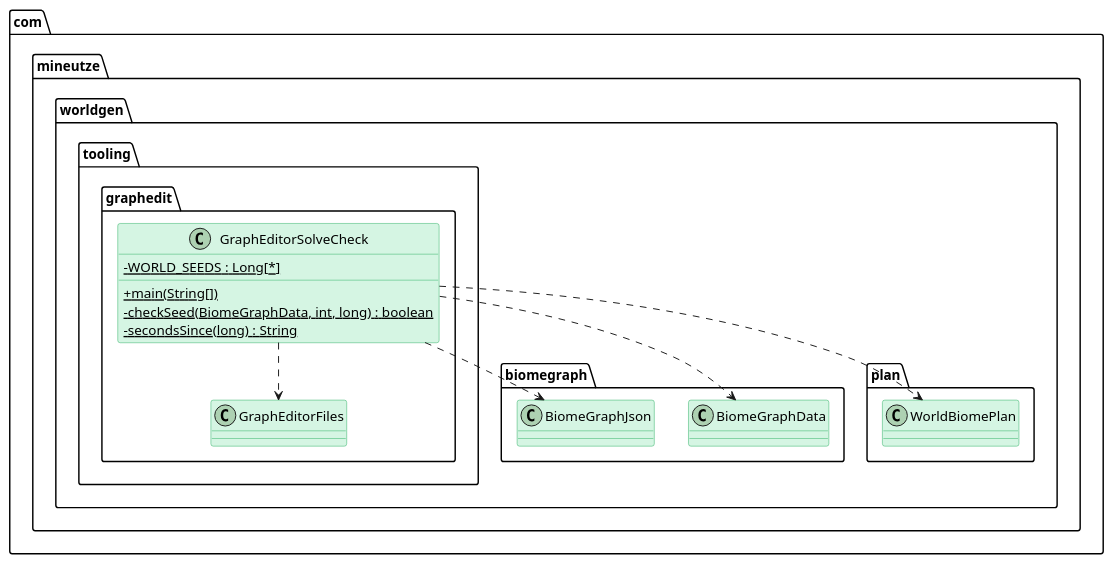
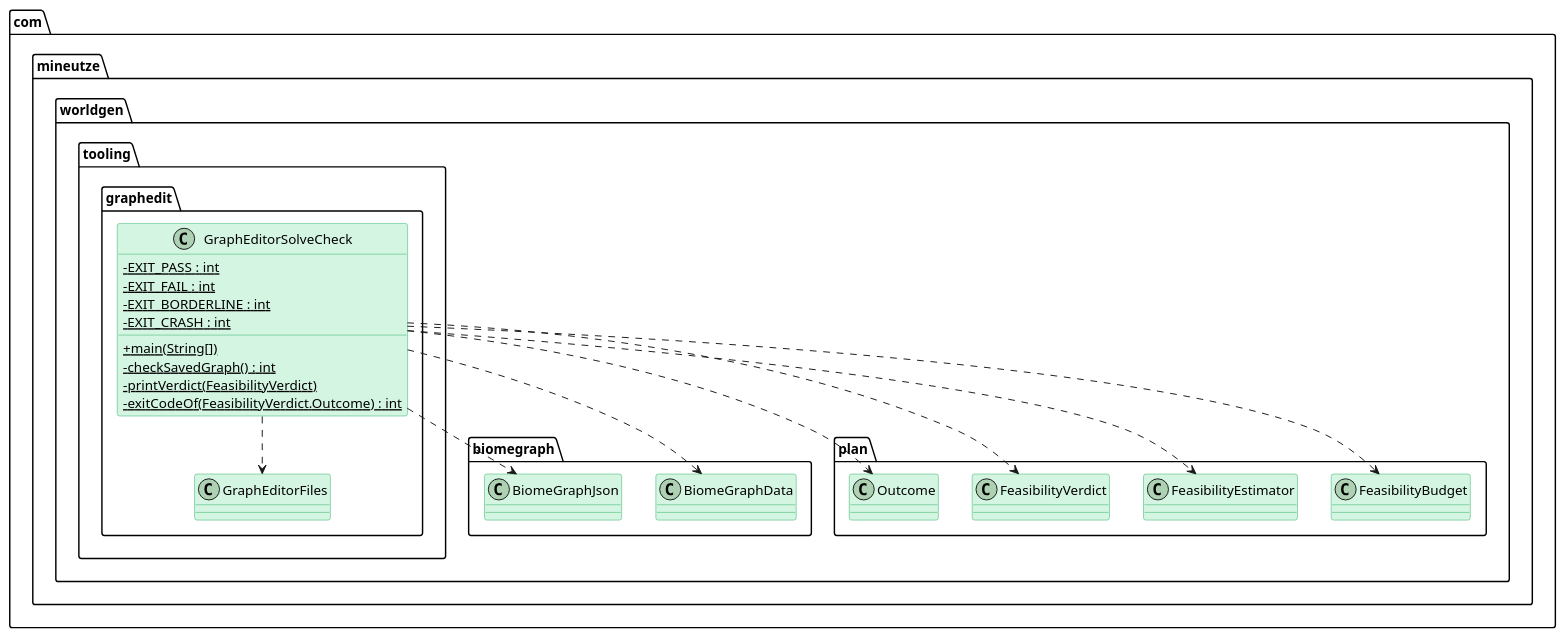
Before and after one commit to Boulede987/Mine-Utz: the diagram in companion-mods/mineutze-worldgen/doc/Modelisation/ClassDiagram-Full/com/mineutze/worldgen/tooling/graphedit/GraphEditorSolveCheck.puml, drawn with PlantUML. The commit also changed 117 other files, not shown here.

First line of the commit message:
docs(worldgen): regenerate class diagrams from current code

```diff
--- a/companion-mods/mineutze-worldgen/doc/Modelisation/ClassDiagram-Full/com/mineutze/worldgen/tooling/graphedit/GraphEditorSolveCheck.puml
+++ b/companion-mods/mineutze-worldgen/doc/Modelisation/ClassDiagram-Full/com/mineutze/worldgen/tooling/graphedit/GraphEditorSolveCheck.puml
@@ -1,45 +1,52 @@
 @startuml GraphEditorSolveCheck
 
 skinparam classAttributeIconSize 0
 skinparam shadowing false
 
 skinparam class {
   BackgroundColor<<interface>> #D6EAF8
   BorderColor<<interface>> #2E86C1
 }
 skinparam class {
   BackgroundColor<<abstract>> #E8DAEF
   BorderColor<<abstract>> #8E44AD
 }
 skinparam class {
   BackgroundColor #D5F5E3
   BorderColor #27AE60
 }
 skinparam class {
   BackgroundColor<<record>> #FCF3CF
   BorderColor<<record>> #B7950B
 }
 skinparam class {
   BackgroundColor<<static>> #a7faa0
   BorderColor<<static>> #38d610
 }
 skinparam class {
   BackgroundColor<<enum>> #F5B7B1
   BorderColor<<enum>> #C0392B
 }
 
 namespace com.mineutze.worldgen.tooling.graphedit {
 class GraphEditorSolveCheck {
-  - {static} WORLD_SEEDS : Long[*]
+  - {static} EXIT_PASS : int
+  - {static} EXIT_FAIL : int
+  - {static} EXIT_BORDERLINE : int
+  - {static} EXIT_CRASH : int
   + {static} main(String[])
-  - {static} checkSeed(BiomeGraphData, int, long) : boolean
-  - {static} secondsSince(long) : String
+  - {static} checkSavedGraph() : int
+  - {static} printVerdict(FeasibilityVerdict)
+  - {static} exitCodeOf(FeasibilityVerdict.Outcome) : int
 }
 }
 
 com.mineutze.worldgen.tooling.graphedit.GraphEditorSolveCheck ..> com.mineutze.worldgen.biomegraph.BiomeGraphData
 com.mineutze.worldgen.tooling.graphedit.GraphEditorSolveCheck ..> com.mineutze.worldgen.biomegraph.BiomeGraphJson
+com.mineutze.worldgen.tooling.graphedit.GraphEditorSolveCheck ..> com.mineutze.worldgen.plan.FeasibilityBudget
+com.mineutze.worldgen.tooling.graphedit.GraphEditorSolveCheck ..> com.mineutze.worldgen.plan.FeasibilityEstimator
+com.mineutze.worldgen.tooling.graphedit.GraphEditorSolveCheck ..> com.mineutze.worldgen.plan.FeasibilityVerdict
 com.mineutze.worldgen.tooling.graphedit.GraphEditorSolveCheck ..> com.mineutze.worldgen.tooling.graphedit.GraphEditorFiles
-com.mineutze.worldgen.tooling.graphedit.GraphEditorSolveCheck ..> com.mineutze.worldgen.plan.WorldBiomePlan
+com.mineutze.worldgen.tooling.graphedit.GraphEditorSolveCheck ..> com.mineutze.worldgen.plan.Outcome
 
 @enduml
```
